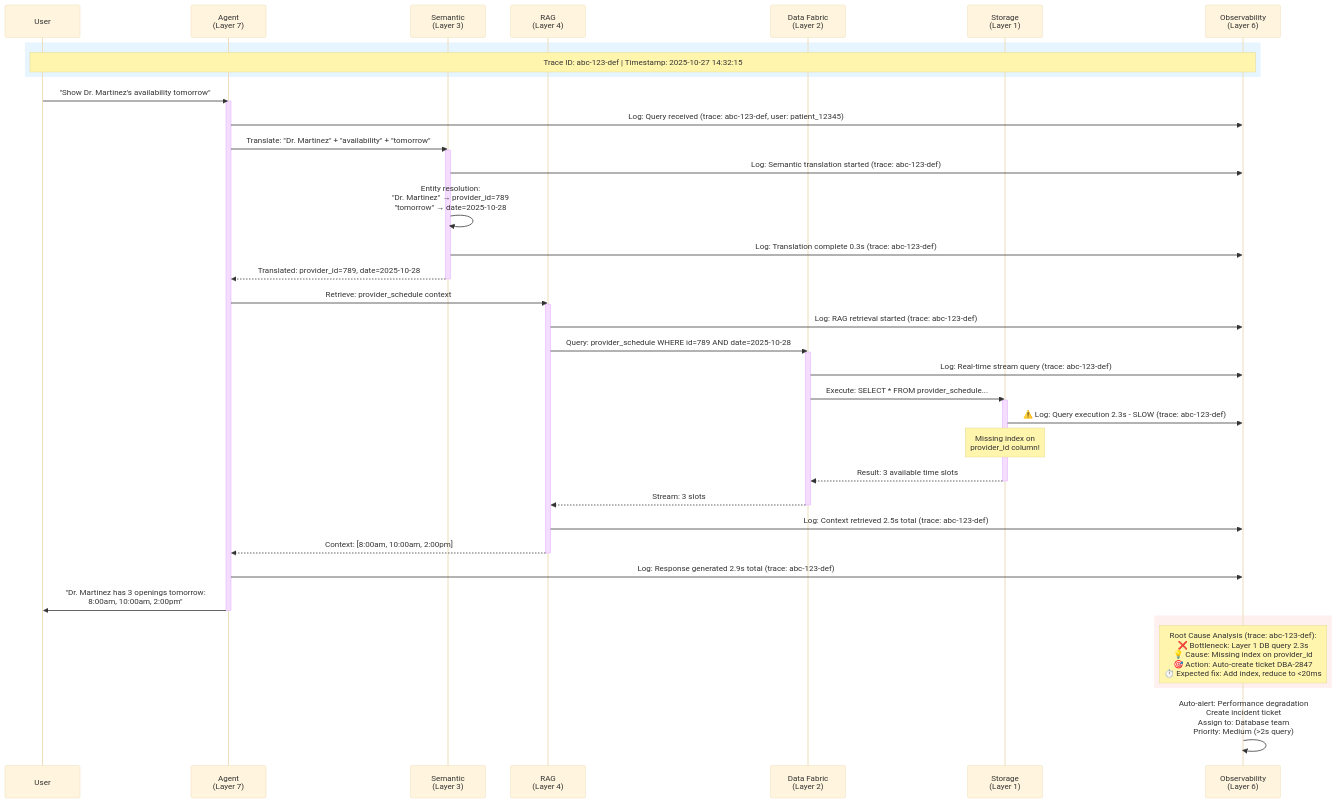
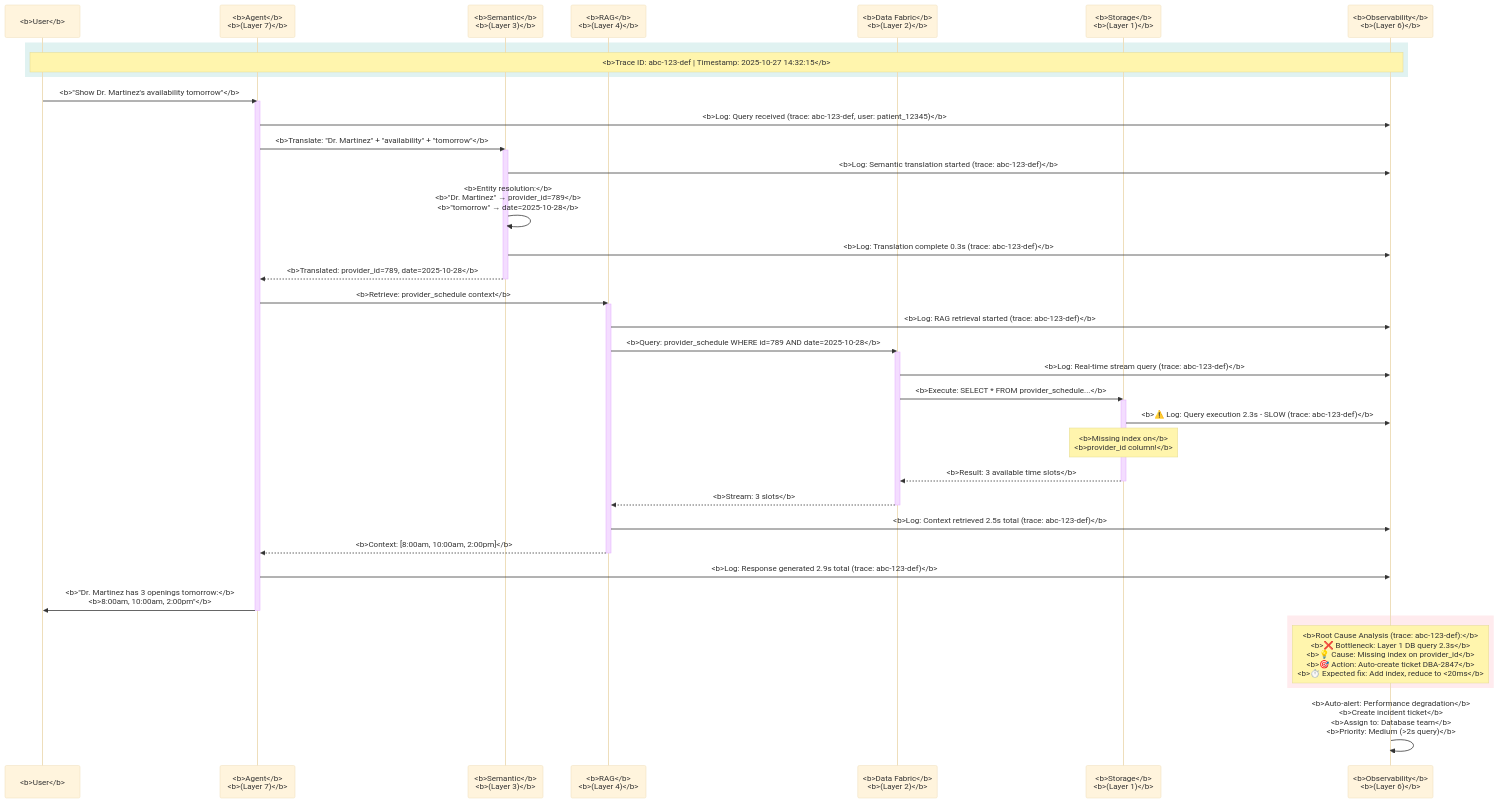
The fourth of 11 diagrams in chapter-02/chapter_2_complete.md (colaberry/enterprise-data-readiness-ai-agents), drawn with Mermaid (base theme) before and after one commit. The commit also changed other lines of this file and 1 other file, not shown here.

````diff
--- a/chapter-02/chapter_2_complete.md
+++ b/chapter-02/chapter_2_complete.md
@@ -486,54 +506,54 @@
 ```mermaid
 sequenceDiagram
-    participant U as User
-    participant A as Agent<br/>(Layer 7)
-    participant S as Semantic<br/>(Layer 3)
-    participant R as RAG<br/>(Layer 4)
-    participant D as Data Fabric<br/>(Layer 2)
-    participant DB as Storage<br/>(Layer 1)
-    participant O as Observability<br/>(Layer 6)
+    participant U as <b>User</b>
+    participant A as <b>Agent</b><br/><b>(Layer 7)</b>
+    participant S as <b>Semantic</b><br/><b>(Layer 3)</b>
+    participant R as <b>RAG</b><br/><b>(Layer 4)</b>
+    participant D as <b>Data Fabric</b><br/><b>(Layer 2)</b>
+    participant DB as <b>Storage</b><br/><b>(Layer 1)</b>
+    participant O as <b>Observability</b><br/><b>(Layer 6)</b>
     
-    rect rgb(230, 245, 255)
-        Note over U,O: Trace ID: abc-123-def | Timestamp: 2025-10-27 14:32:15
+    rect rgb(224, 242, 241)
+        Note over U,O: <b>Trace ID: abc-123-def | Timestamp: 2025-10-27 14:32:15</b>
     end
     
-    U->>A: "Show Dr. Martinez's availability tomorrow"
+    U->>A: <b>"Show Dr. Martinez's availability tomorrow"</b>
     activate A
-    A->>O: Log: Query received (trace: abc-123-def, user: patient_12345)
+    A->>O: <b>Log: Query received (trace: abc-123-def, user: patient_12345)</b>
     
-    A->>S: Translate: "Dr. Martinez" + "availability" + "tomorrow"
+    A->>S: <b>Translate: "Dr. Martinez" + "availability" + "tomorrow"</b>
     activate S
-    S->>O: Log: Semantic translation started (trace: abc-123-def)
-    S->>S: Entity resolution:<br/>"Dr. Martinez" → provider_id=789<br/>"tomorrow" → date=2025-10-28
-    S->>O: Log: Translation complete 0.3s (trace: abc-123-def)
-    S-->>A: Translated: provider_id=789, date=2025-10-28
+    S->>O: <b>Log: Semantic translation started (trace: abc-123-def)</b>
+    S->>S: <b>Entity resolution:</b><br/><b>"Dr. Martinez" → provider_id=789</b><br/><b>"tomorrow" → date=2025-10-28</b>
+    S->>O: <b>Log: Translation complete 0.3s (trace: abc-123-def)</b>
+    S-->>A: <b>Translated: provider_id=789, date=2025-10-28</b>
     deactivate S
     
-    A->>R: Retrieve: provider_schedule context
+    A->>R: <b>Retrieve: provider_schedule context</b>
     activate R
-    R->>O: Log: RAG retrieval started (trace: abc-123-def)
-    R->>D: Query: provider_schedule WHERE id=789 AND date=2025-10-28
+    R->>O: <b>Log: RAG retrieval started (trace: abc-123-def)</b>
+    R->>D: <b>Query: provider_schedule WHERE id=789 AND date=2025-10-28</b>
     activate D
-    D->>O: Log: Real-time stream query (trace: abc-123-def)
-    D->>DB: Execute: SELECT * FROM provider_schedule...
+    D->>O: <b>Log: Real-time stream query (trace: abc-123-def)</b>
+    D->>DB: <b>Execute: SELECT * FROM provider_schedule...</b>
     activate DB
-    DB->>O: ⚠️ Log: Query execution 2.3s - SLOW (trace: abc-123-def)
-    Note over DB: Missing index on<br/>provider_id column!
-    DB-->>D: Result: 3 available time slots
+    DB->>O: <b>⚠️ Log: Query execution 2.3s - SLOW (trace: abc-123-def)</b>
+    Note over DB: <b>Missing index on</b><br/><b>provider_id column!</b>
+    DB-->>D: <b>Result: 3 available time slots</b>
     deactivate DB
-    D-->>R: Stream: 3 slots
+    D-->>R: <b>Stream: 3 slots</b>
     deactivate D
-    R->>O: Log: Context retrieved 2.5s total (trace: abc-123-def)
-    R-->>A: Context: [8:00am, 10:00am, 2:00pm]
+    R->>O: <b>Log: Context retrieved 2.5s total (trace: abc-123-def)</b>
+    R-->>A: <b>Context: [8:00am, 10:00am, 2:00pm]</b>
     deactivate R
     
-    A->>O: Log: Response generated 2.9s total (trace: abc-123-def)
-    A->>U: "Dr. Martinez has 3 openings tomorrow:<br/>8:00am, 10:00am, 2:00pm"
+    A->>O: <b>Log: Response generated 2.9s total (trace: abc-123-def)</b>
+    A->>U: <b>"Dr. Martinez has 3 openings tomorrow:</b><br/><b>8:00am, 10:00am, 2:00pm"</b>
     deactivate A
     
-    rect rgb(255, 240, 240)
-        Note over O: Root Cause Analysis (trace: abc-123-def):<br/>❌ Bottleneck: Layer 1 DB query 2.3s<br/>💡 Cause: Missing index on provider_id<br/>🎯 Action: Auto-create ticket DBA-2847<br/>⏱️ Expected fix: Add index, reduce to <20ms
+    rect rgb(255, 235, 238)
+        Note over O: <b>Root Cause Analysis (trace: abc-123-def):</b><br/><b>❌ Bottleneck: Layer 1 DB query 2.3s</b><br/><b>💡 Cause: Missing index on provider_id</b><br/><b>🎯 Action: Auto-create ticket DBA-2847</b><br/><b>⏱️ Expected fix: Add index, reduce to <20ms</b>
     end
     
-    O->>O: Auto-alert: Performance degradation<br/>Create incident ticket<br/>Assign to: Database team<br/>Priority: Medium (>2s query)
+    O->>O: <b>Auto-alert: Performance degradation</b><br/><b>Create incident ticket</b><br/><b>Assign to: Database team</b><br/><b>Priority: Medium (>2s query)</b>
 ```
````
